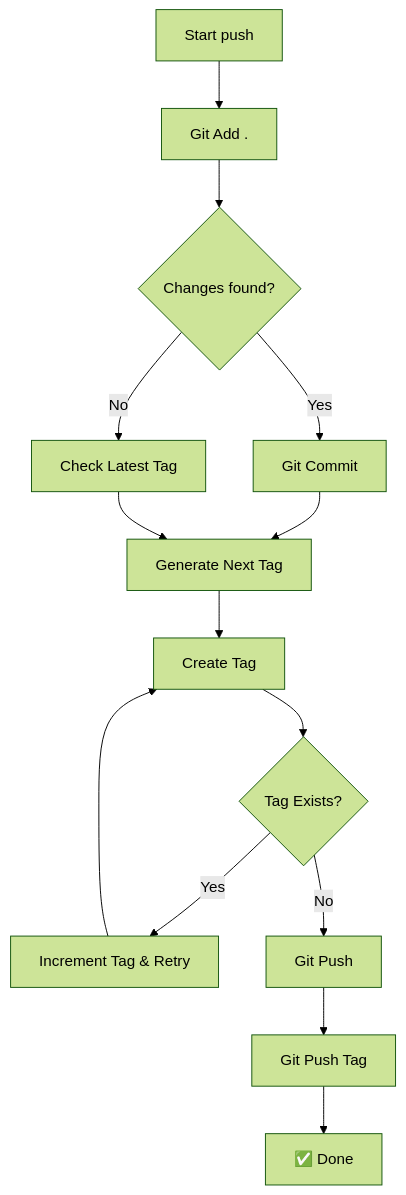
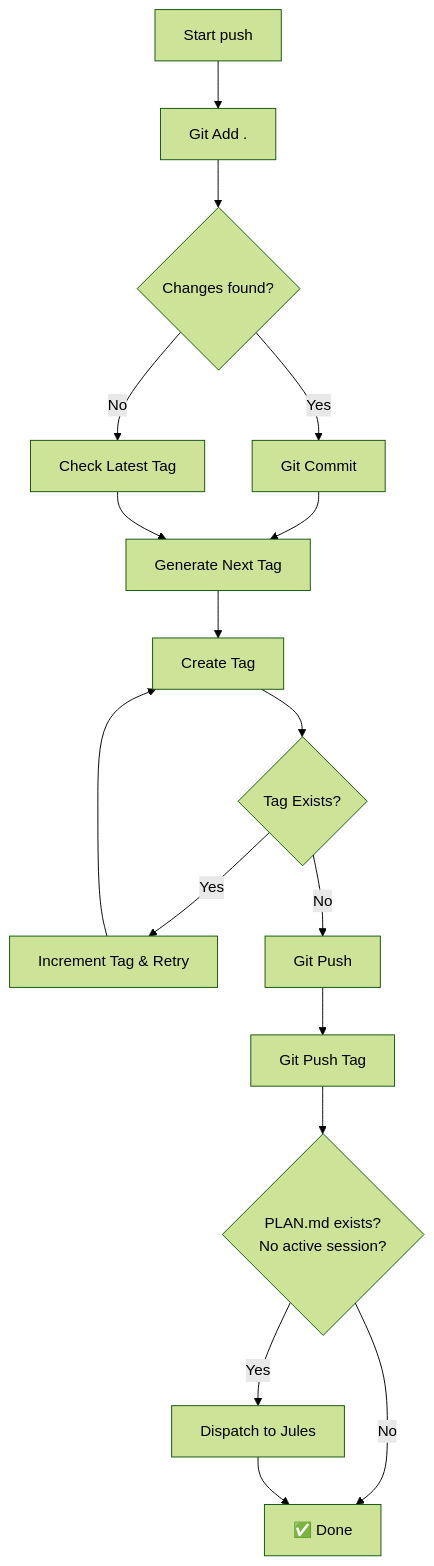
One commit to tinywasm/devflow changed the diagram in docs/PUSH.md. Above: the diagram before and after it, drawn with Mermaid (forest theme). The commit also changed other lines of this file and 8 other files, not shown here.

````diff
--- a/docs/PUSH.md
+++ b/docs/PUSH.md
@@ -20,16 +21,19 @@
 ```mermaid
 graph TD
     A[Start push] --> B[Git Add .]
     B --> C{Changes found?}
     C -- No --> D[Check Latest Tag]
     C -- Yes --> E[Git Commit]
     E --> F[Generate Next Tag]
     D --> F
     F --> G[Create Tag]
     G --> H{Tag Exists?}
     H -- Yes --> I[Increment Tag & Retry]
     I --> G
     H -- No --> J[Git Push]
     J --> K[Git Push Tag]
-    K --> L[✅ Done]
+    K --> L{PLAN.md exists?<br/>No active session?}
+    L -- No --> M[✅ Done]
+    L -- Yes --> N[Dispatch to Jules]
+    N --> M
 ```
````
